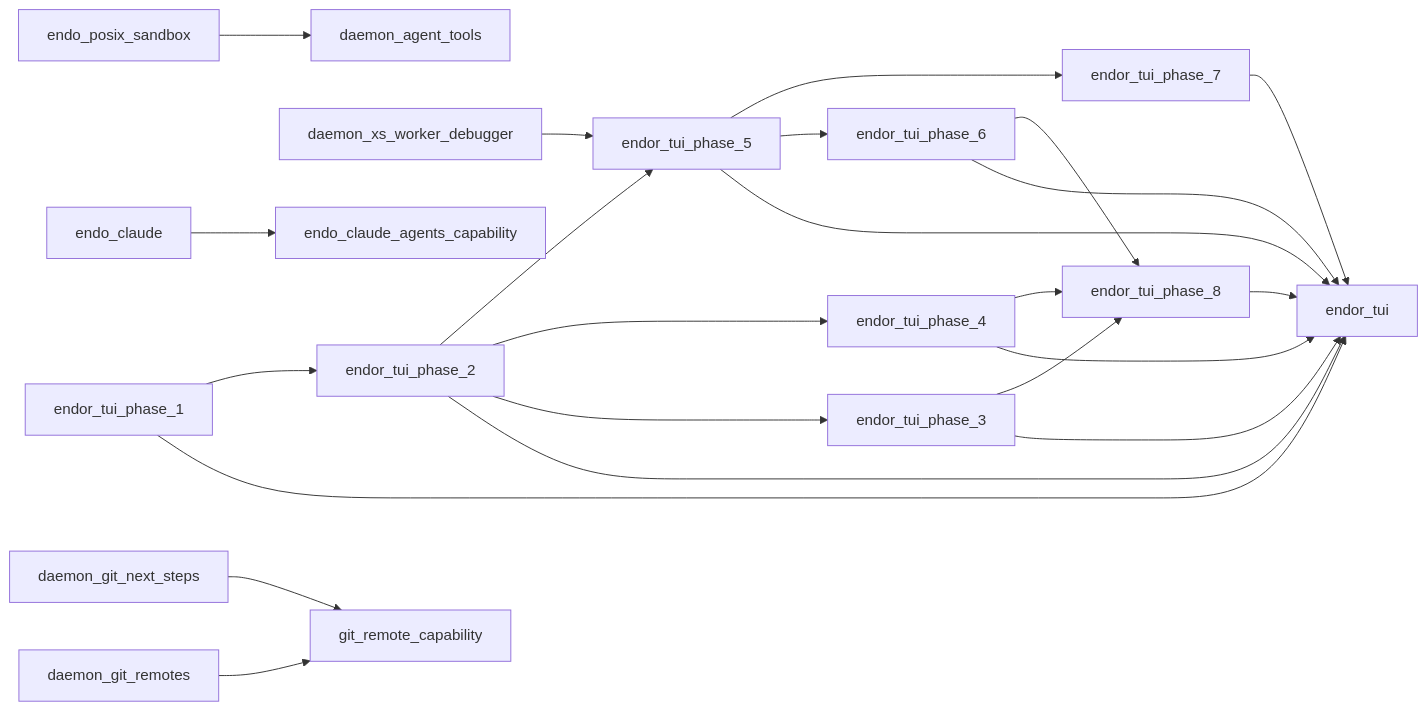
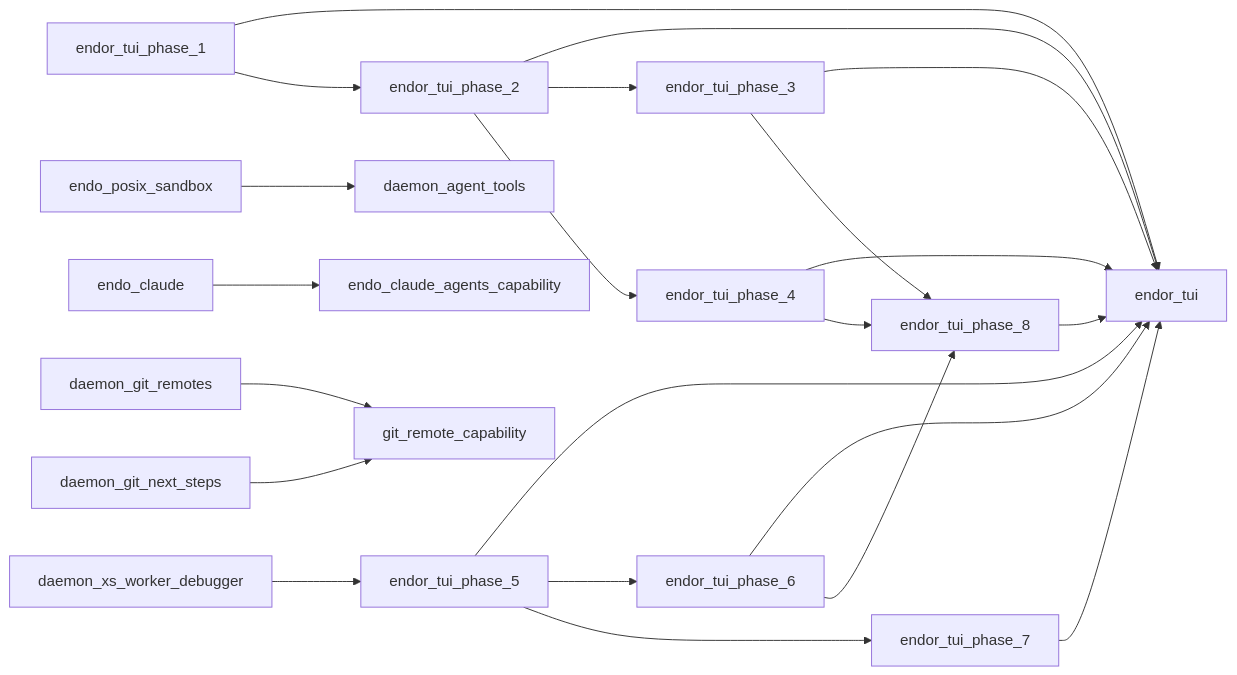
One commit to kriscendobot/garden changed the diagram in plan/README.md. Above: the diagram before and after it, drawn with Mermaid.

Commit message:
plan: re-render roadmap view from records

````diff
--- a/plan/README.md
+++ b/plan/README.md
@@ -195,25 +195,24 @@
 ```mermaid
 flowchart LR
   endor_tui_phase_1 --> endor_tui
   endor_tui_phase_2 --> endor_tui
   endor_tui_phase_3 --> endor_tui
   endor_tui_phase_4 --> endor_tui
   endor_tui_phase_5 --> endor_tui
   endor_tui_phase_6 --> endor_tui
   endor_tui_phase_7 --> endor_tui
   endor_tui_phase_8 --> endor_tui
   endor_tui_phase_1 --> endor_tui_phase_2
   endor_tui_phase_2 --> endor_tui_phase_3
   endor_tui_phase_2 --> endor_tui_phase_4
-  endor_tui_phase_2 --> endor_tui_phase_5
   daemon_xs_worker_debugger --> endor_tui_phase_5
   endor_tui_phase_5 --> endor_tui_phase_6
   endor_tui_phase_5 --> endor_tui_phase_7
   endor_tui_phase_3 --> endor_tui_phase_8
   endor_tui_phase_4 --> endor_tui_phase_8
   endor_tui_phase_6 --> endor_tui_phase_8
   endo_posix_sandbox --> daemon_agent_tools
   endo_claude --> endo_claude_agents_capability
   daemon_git_remotes --> git_remote_capability
   daemon_git_next_steps --> git_remote_capability
 ```
````
